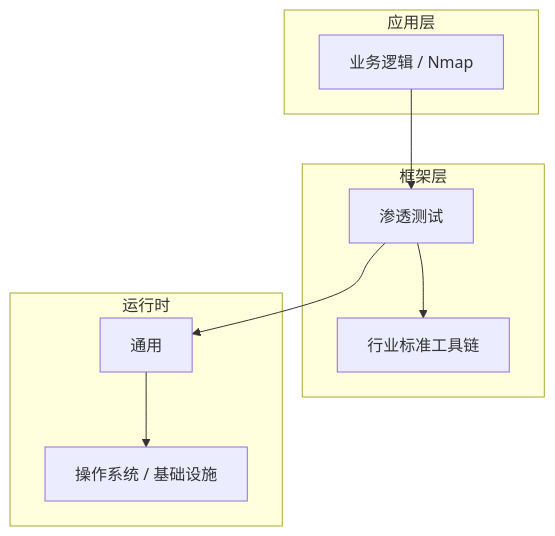
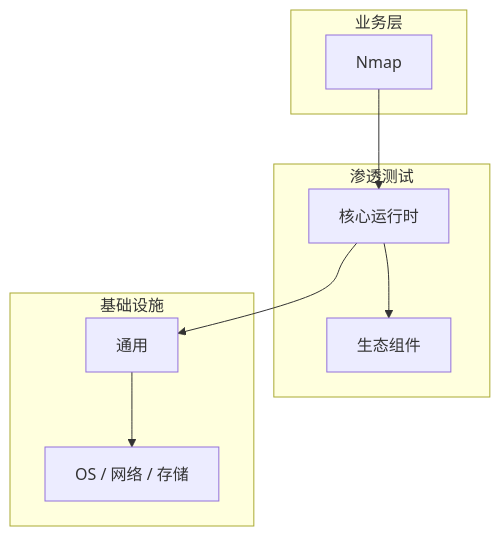
The diagram in articles/渗透测试/chapters/083-Nmap核心概念与原理.md (yanggan2015/knowledge-json-v2), drawn with Mermaid before and after one commit. The commit also changed other lines of this file and 10127 other files, not shown here.

````diff
--- a/articles/渗透测试/chapters/083-Nmap核心概念与原理.md
+++ b/articles/渗透测试/chapters/083-Nmap核心概念与原理.md
@@ -46,18 +31,18 @@
 ```mermaid
 graph TB
-    subgraph 应用层
-        A[业务逻辑 / Nmap]
+    subgraph 业务层
+        A[Nmap]
     end
-    subgraph 框架层
-        B[渗透测试]
-        C[行业标准工具链]
+    subgraph 渗透测试
+        B[核心运行时]
+        C[生态组件]
     end
-    subgraph 运行时
+    subgraph 基础设施
         D[通用]
-        E[操作系统 / 基础设施]
+        E[OS / 网络 / 存储]
     end
     A --> B
     B --> C
     B --> D
     D --> E
 ```
````
